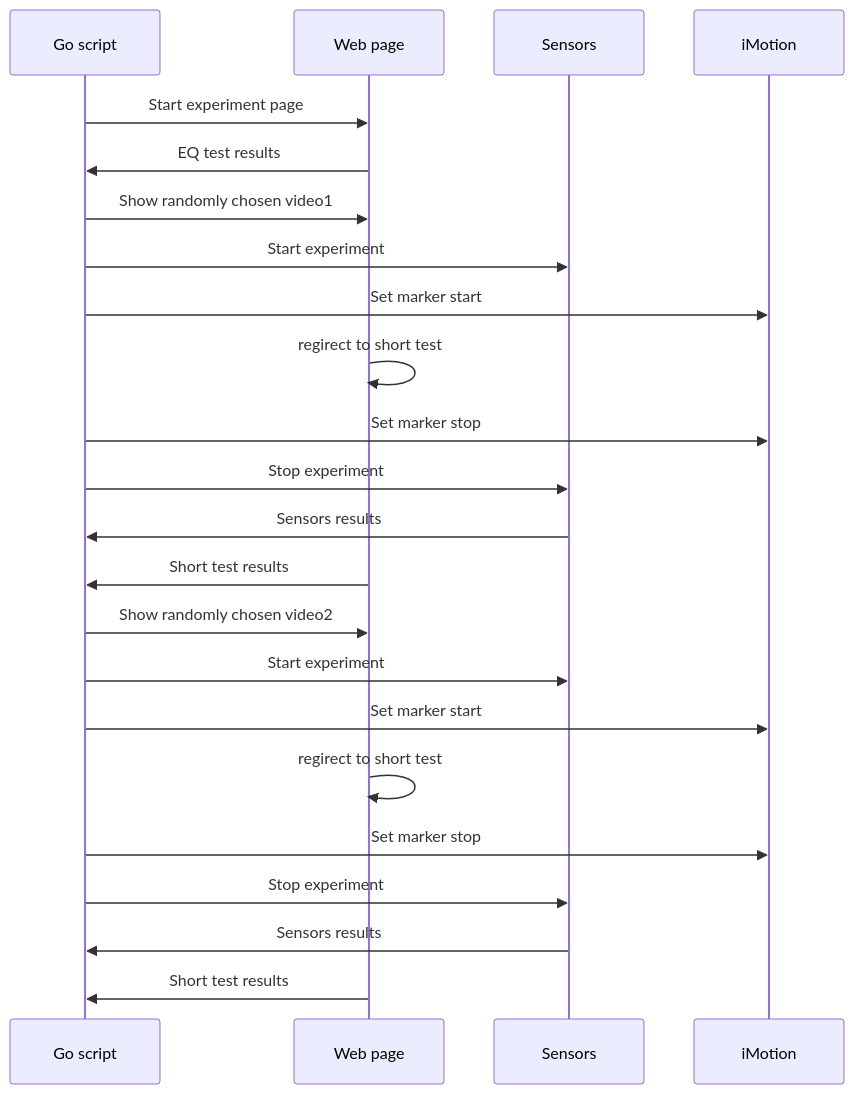
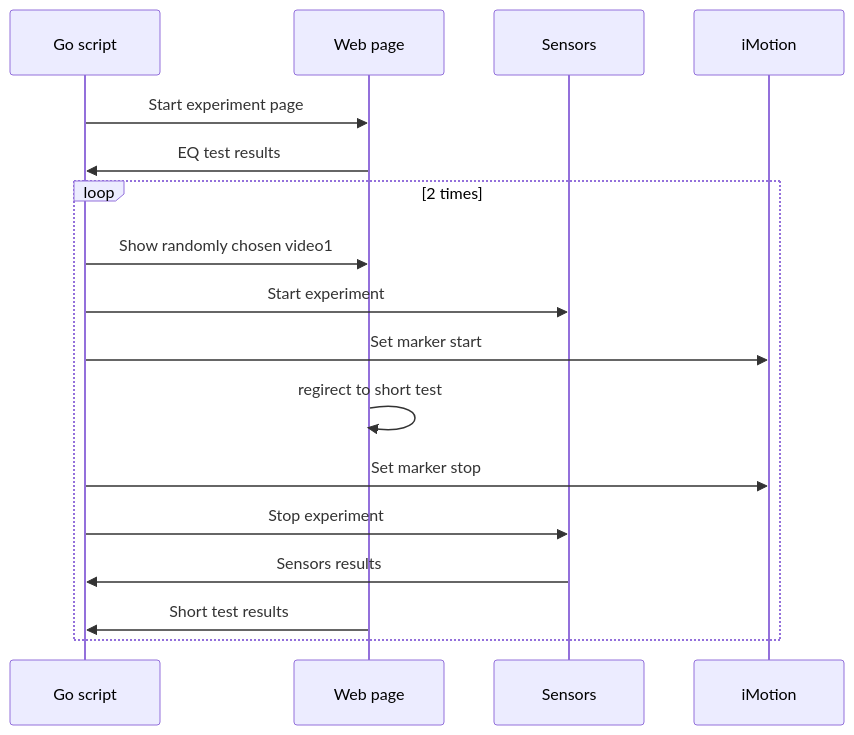
The diagram in README.md (kiote/empathy), drawn with Mermaid before and after one commit.

Commit message:
add loop to diagram

````diff
--- a/README.md
+++ b/README.md
@@ -26,23 +26,15 @@
 ```mermaid
 sequenceDiagram
     Go script ->> Web page: Start experiment page
     Web page ->> Go script: EQ test results
-    Go script ->> Web page: Show randomly chosen video1
-    Go script ->> Sensors: Start experiment
-    Go script ->> iMotion: Set marker start
-    Web page ->> Web page: regirect to short test
-    Go script ->> iMotion: Set marker stop
-    Go script ->> Sensors: Stop experiment
-    Sensors ->> Go script: Sensors results
-    Web page ->> Go script: Short test results
-    
-    Go script ->> Web page: Show randomly chosen video2
-    Go script ->> Sensors: Start experiment
-    Go script ->> iMotion: Set marker start
-    Web page ->> Web page: regirect to short test
-    Go script ->> iMotion: Set marker stop
-    Go script ->> Sensors: Stop experiment
-    Sensors ->> Go script: Sensors results
-    Web page ->> Go script: Short test results
-    
+    loop 2 times
+        Go script ->> Web page: Show randomly chosen video1
+        Go script ->> Sensors: Start experiment
+        Go script ->> iMotion: Set marker start
+        Web page ->> Web page: regirect to short test
+        Go script ->> iMotion: Set marker stop
+        Go script ->> Sensors: Stop experiment
+        Sensors ->> Go script: Sensors results
+        Web page ->> Go script: Short test results    
+    end 
 ```
````
